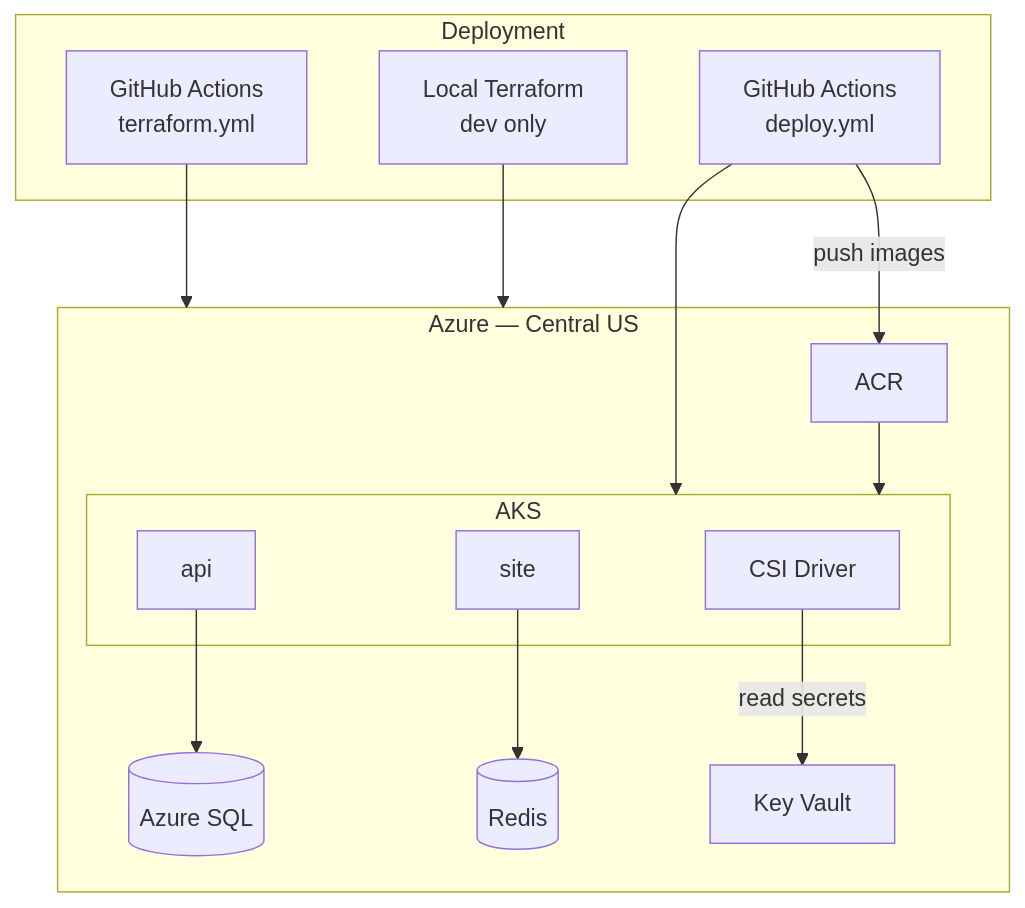
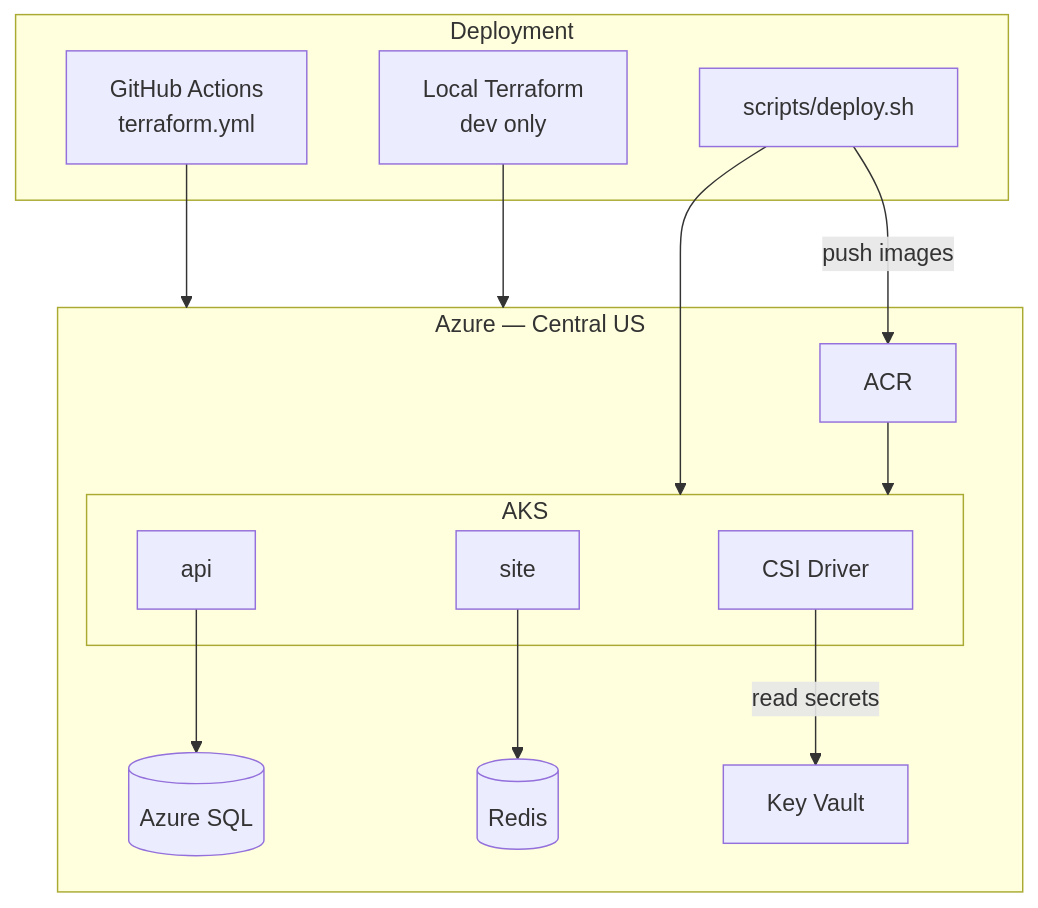
One commit to chris-stinemetz/rxnt-azure-platform changed the diagram in README.md. Above: the diagram before and after it, drawn with Mermaid. The commit also changed other lines of this file and 22 other files, not shown here.

````diff
--- a/README.md
+++ b/README.md
@@ -7,29 +7,29 @@
 ```mermaid
 graph TD
     subgraph sources["Deployment"]
         TF["GitHub Actions\nterraform.yml"]
-        CD["GitHub Actions\ndeploy.yml"]
+        CD["scripts/deploy.sh"]
         DEV["Local Terraform\ndev only"]
     end
 
     subgraph azure["Azure — Central US"]
         ACR["ACR"]
         subgraph aks["AKS"]
             site["site"]
             api["api"]
             CSI["CSI Driver"]
         end
         SQL[("Azure SQL")]
         Redis[("Redis")]
         KV["Key Vault"]
     end
 
     TF --> azure
     DEV --> azure
     CD -- "push images" --> ACR
     CD --> aks
     ACR --> aks
     api --> SQL
     site --> Redis
     CSI -- "read secrets" --> KV
 ```
````
